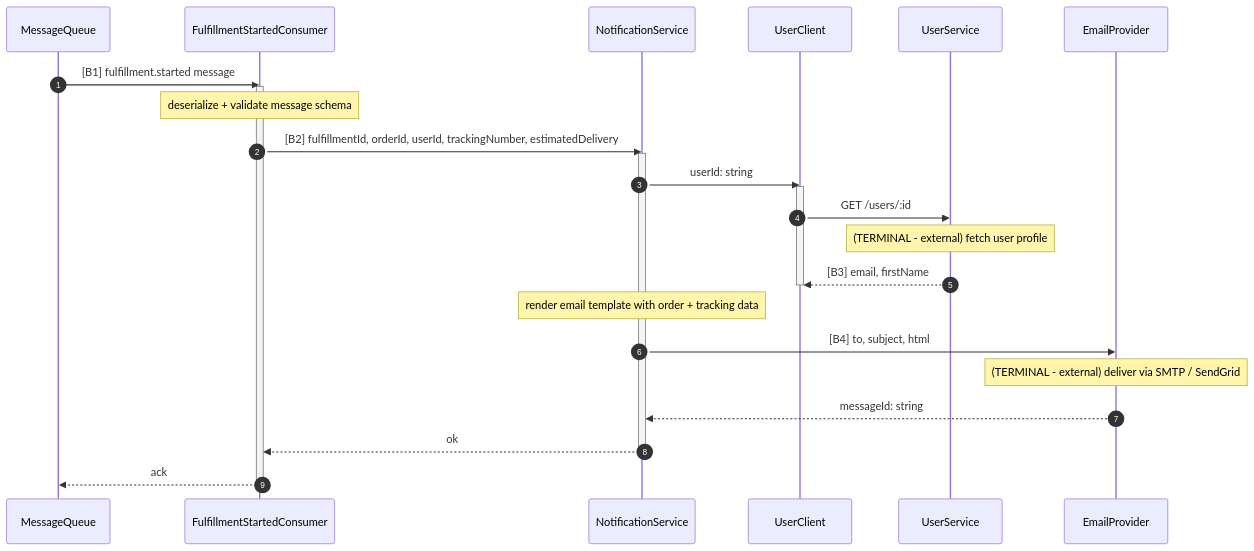
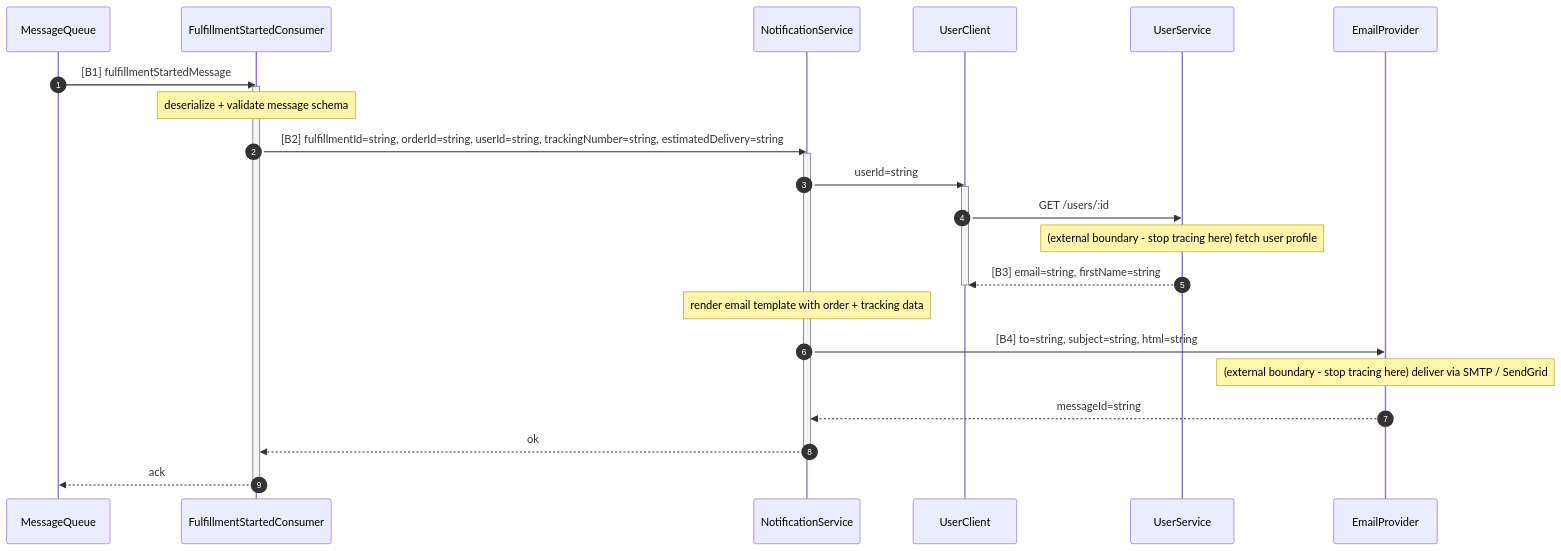
One commit to minh-lb/ai-tools changed the fourth of 4 diagrams in generate-flow/references/example-order-fulfillment-flow.md. Above: the diagram before and after it, drawn with Mermaid. The commit also changed other lines of this file and 5 other files, not shown here.

First line of the commit message:
refactor(generate-flow): align terminology, fix Mermaid colon rules, sync examples

````diff
--- a/generate-flow/references/example-order-fulfillment-flow.md
+++ b/generate-flow/references/example-order-fulfillment-flow.md
@@ -205,33 +205,33 @@
 ```mermaid
 sequenceDiagram
     autonumber
     participant Queue as MessageQueue
     participant NotiConsumer as FulfillmentStartedConsumer
     participant NotiService as NotificationService
     participant UserClient as UserClient
     participant UserService as UserService
     participant EmailProvider as EmailProvider
 
-    Queue->>NotiConsumer: [B1] fulfillment.started message
+    Queue->>NotiConsumer: [B1] fulfillmentStartedMessage
     activate NotiConsumer
     Note over NotiConsumer: deserialize + validate message schema
-    NotiConsumer->>NotiService: [B2] fulfillmentId, orderId, userId, trackingNumber, estimatedDelivery
+    NotiConsumer->>NotiService: [B2] fulfillmentId=string, orderId=string, userId=string, trackingNumber=string, estimatedDelivery=string
     activate NotiService
 
-    NotiService->>UserClient: userId: string
+    NotiService->>UserClient: userId=string
     activate UserClient
     UserClient->>UserService: GET /users/:id
-    Note over UserService: (TERMINAL - external) fetch user profile
-    UserService-->>UserClient: [B3] email, firstName
+    Note over UserService: (external boundary - stop tracing here) fetch user profile
+    UserService-->>UserClient: [B3] email=string, firstName=string
     deactivate UserClient
 
     Note over NotiService: render email template with order + tracking data
-    NotiService->>EmailProvider: [B4] to, subject, html
-    Note over EmailProvider: (TERMINAL - external) deliver via SMTP / SendGrid
-    EmailProvider-->>NotiService: messageId: string
+    NotiService->>EmailProvider: [B4] to=string, subject=string, html=string
+    Note over EmailProvider: (external boundary - stop tracing here) deliver via SMTP / SendGrid
+    EmailProvider-->>NotiService: messageId=string
 
     NotiService-->>NotiConsumer: ok
     deactivate NotiService
     NotiConsumer-->>Queue: ack
     deactivate NotiConsumer
 ```
````
